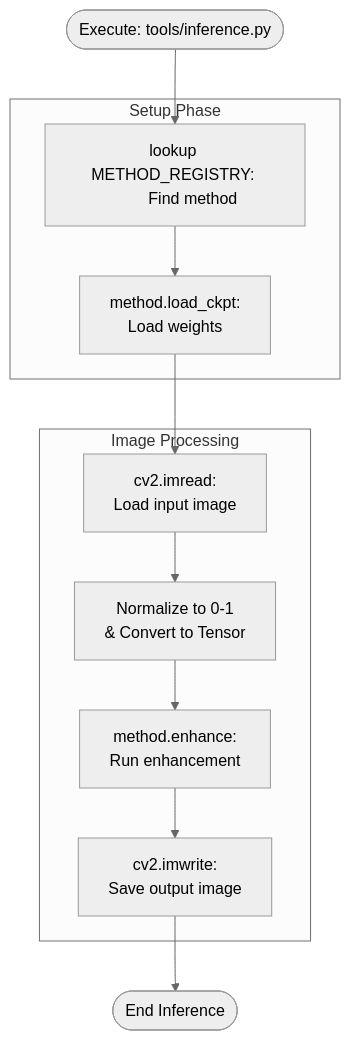
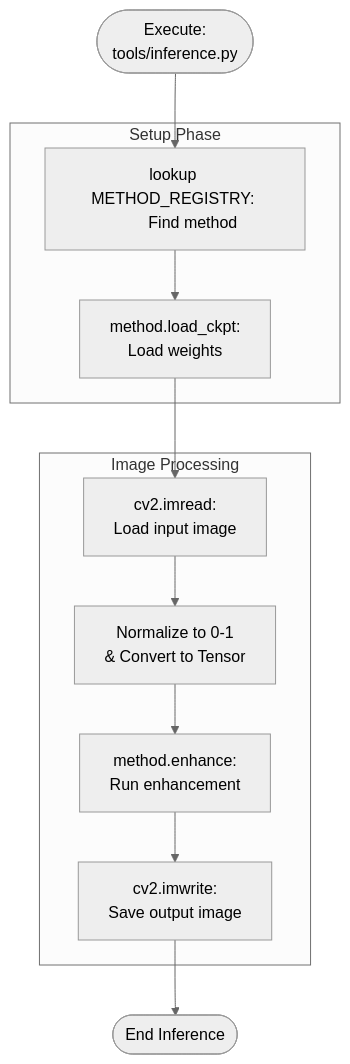
One commit to fury471/llie_bench changed the third of 5 diagrams in README.md. Above: the diagram before and after it, drawn with Mermaid (neutral theme). The commit also changed other lines of this file, not shown here.

````diff
--- a/README.md
+++ b/README.md
@@ -133,24 +135,25 @@
 ```mermaid
 flowchart TD
-    Start([Execute: tools/inference.py]) --> Lookup
+    Start([Execute:
+tools/inference.py]) --> Lookup
 
     subgraph Setup Phase
         Lookup[lookup METHOD_REGISTRY: 
         Find method] --> Ckpt[method.load_ckpt: 
         Load weights]
     end
 
     Ckpt --> LoadImg
 
     subgraph Image Processing
         LoadImg[cv2.imread: 
         Load input image] --> Norm[Normalize to 0-1 
         & Convert to Tensor]
         Norm --> Enhance[method.enhance: 
         Run enhancement]
         Enhance --> Save[cv2.imwrite: 
         Save output image]
     end
 
     Save --> Finish([End Inference])
 ```
````
